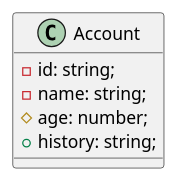
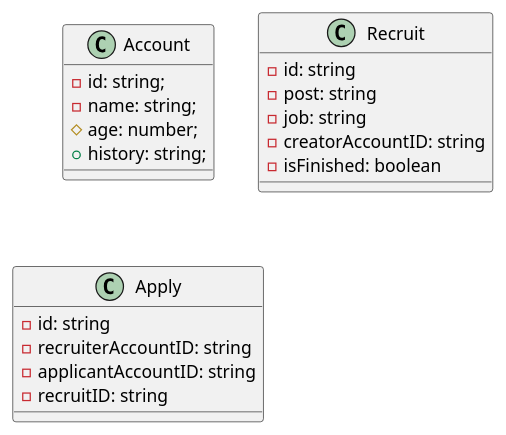
Before and after one commit to KyotoUniv-SIC/electoric-power-exchange: the first of 2 diagrams in README.md, drawn with PlantUML. The commit also changed other lines of this file, not shown here.

Commit message:
chore: monthly clearance finished etc

````diff
--- a/README.md
+++ b/README.md
@@ -5,9 +5,23 @@
 ```plantuml
 class Account {
   - id: string;
   - name: string;
   # age: number;
   + history: string;
 }
 
+class Recruit {
+  - id: string
+  - post: string
+  - job: string
+  - creatorAccountID: string
+  - isFinished: boolean
+}
+
+class Apply {
+  - id: string
+  - recruiterAccountID: string
+  - applicantAccountID: string
+  - recruitID: string
+}
 ```
````
